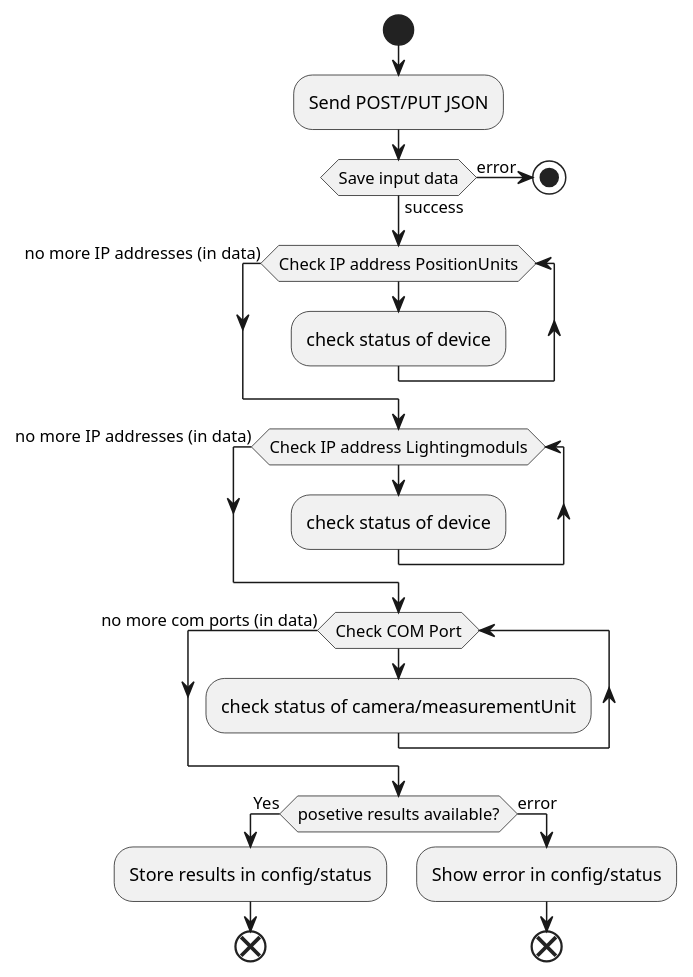
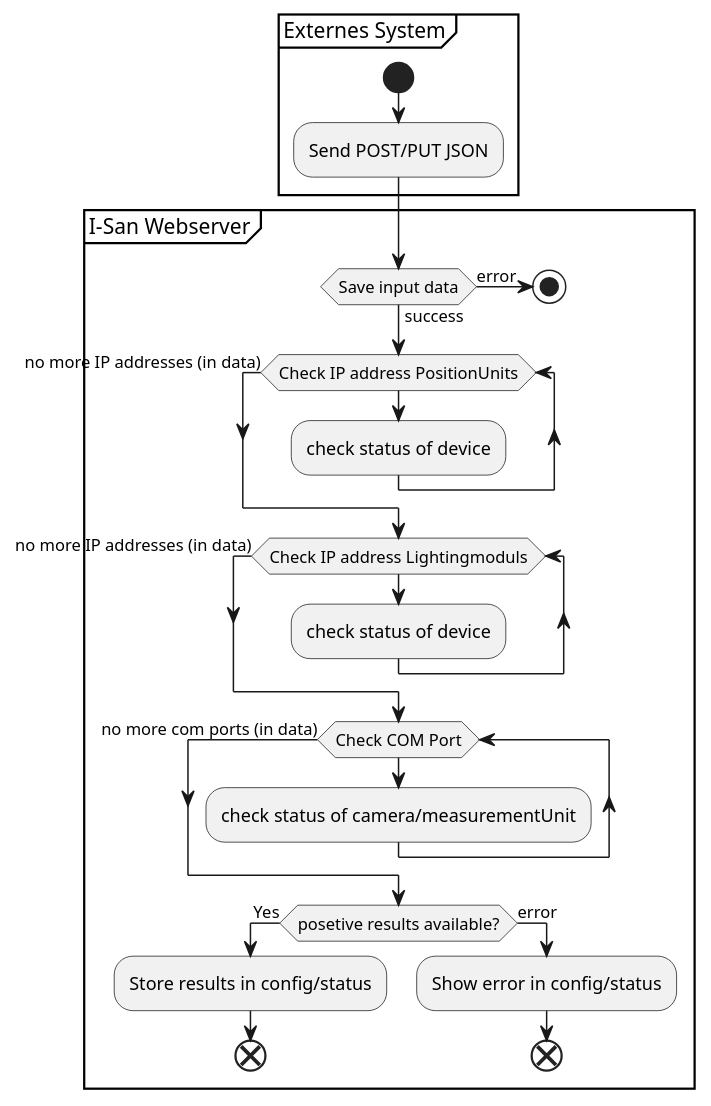
Before and after one commit to Nr44suessauer/I-Scan: the first of 4 diagrams in docs/diagram/FlowDiagrams_API_Webserver.puml, drawn with PlantUML. The commit also changed other lines of this file and 1 other file, not shown here.

Commit message:
änderung im diagram

```diff
--- a/docs/diagram/FlowDiagrams_API_Webserver.puml
+++ b/docs/diagram/FlowDiagrams_API_Webserver.puml
@@ -1,30 +1,36 @@
 @startuml device Config
-start
-:Send POST/PUT JSON;
 
+partition "Externes System" {
+    start
+    :Send POST/PUT JSON;
+}
+
+
+partition "I-San Webserver" {
 if (Save input data) then (error)
     stop
 else (success)
 endif
 while (Check IP address PositionUnits)
     :check status of device;
 endwhile (no more IP addresses (in data))
 
 while (Check IP address Lightingmoduls)
     :check status of device;
 endwhile (no more IP addresses (in data))
 
 while (Check COM Port)
     :check status of camera/measurementUnit;
 
 
 endwhile (no more com ports (in data))
 if (posetive results available?) then (Yes)
     :Store results in config/status;
     end
 
 else (error)
     :Show error in config/status;
 end
 
+
 @enduml
```
